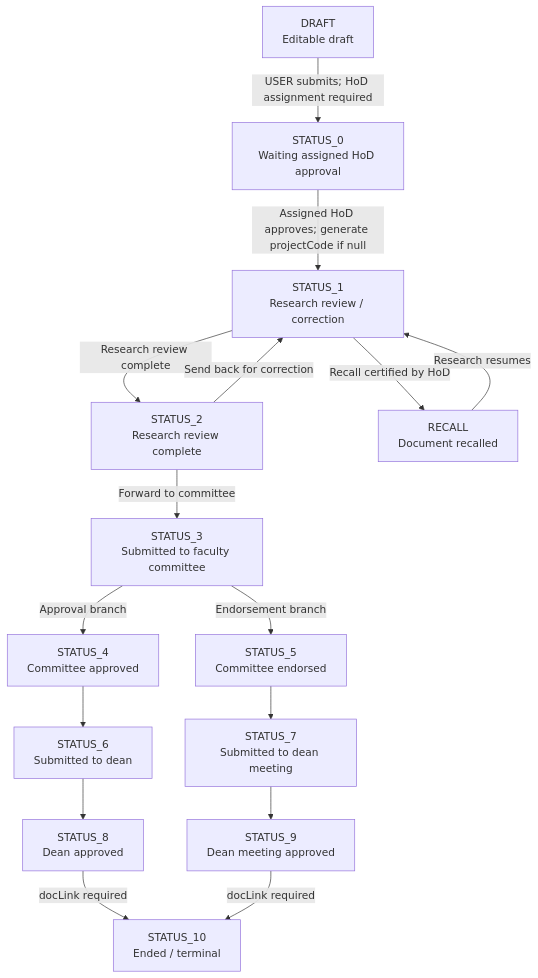
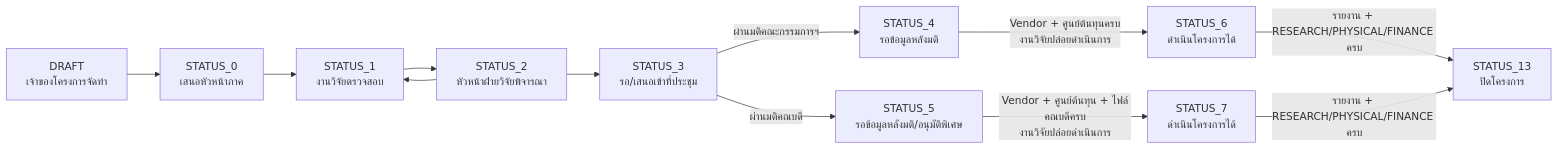
One commit to PhooChakrit/Faculty_Bugget changed the first of 3 diagrams in docs/usecase/project-status-sequence-diagram.md. Above: the diagram before and after it, drawn with Mermaid. The commit also changed other lines of this file and 63 other files, not shown here.

````diff
--- a/docs/usecase/project-status-sequence-diagram.md
+++ b/docs/usecase/project-status-sequence-diagram.md
@@ -144,33 +7,14 @@
 ```mermaid
-flowchart TD
-    D[DRAFT<br/>Editable draft]
-    S0[STATUS_0<br/>Waiting assigned HoD approval]
-    S1[STATUS_1<br/>Research review / correction]
-    S2[STATUS_2<br/>Research review complete]
-    S3[STATUS_3<br/>Submitted to faculty committee]
-    S4[STATUS_4<br/>Committee approved]
-    S5[STATUS_5<br/>Committee endorsed]
-    S6[STATUS_6<br/>Submitted to dean]
-    S7[STATUS_7<br/>Submitted to dean meeting]
-    S8[STATUS_8<br/>Dean approved]
-    S9[STATUS_9<br/>Dean meeting approved]
-    S10[STATUS_10<br/>Ended / terminal]
-    RECALL[RECALL<br/>Document recalled]
-
-    D -->|USER submits; HoD assignment required| S0
-    S0 -->|Assigned HoD approves; generate projectCode if null| S1
-
-    S1 -->|Research review complete| S2
-    S1 -->|Recall certified by HoD| RECALL
-    RECALL -->|Research resumes| S1
-
-    S2 -->|Send back for correction| S1
-    S2 -->|Forward to committee| S3
-
-    S3 -->|Approval branch| S4
-    S3 -->|Endorsement branch| S5
-    S4 --> S6 --> S8
-    S5 --> S7 --> S9
-    S8 -->|docLink required| S10
-    S9 -->|docLink required| S10
+flowchart LR
+    D["DRAFT<br/>เจ้าของโครงการจัดทำ"] --> S0["STATUS_0<br/>เสนอหัวหน้าภาค"]
+    S0 --> S1["STATUS_1<br/>งานวิจัยตรวจสอบ"]
+    S1 --> S2["STATUS_2<br/>หัวหน้าฝ่ายวิจัยพิจารณา"]
+    S2 --> S1
+    S2 --> S3["STATUS_3<br/>รอ/เสนอเข้าที่ประชุม"]
+    S3 -->|"ผ่านมติคณะกรรมการฯ"| S4["STATUS_4<br/>รอข้อมูลหลังมติ"]
+    S3 -->|"ผ่านมติคณบดี"| S5["STATUS_5<br/>รอข้อมูลหลังมติ/อนุมัติพิเศษ"]
+    S4 -->|"Vendor + ศูนย์ต้นทุนครบ<br/>งานวิจัยปล่อยดำเนินการ"| S6["STATUS_6<br/>ดำเนินโครงการได้"]
+    S5 -->|"Vendor + ศูนย์ต้นทุน + ไฟล์คณบดีครบ<br/>งานวิจัยปล่อยดำเนินการ"| S7["STATUS_7<br/>ดำเนินโครงการได้"]
+    S6 -->|"รายงาน + RESEARCH/PHYSICAL/FINANCE ครบ"| S13["STATUS_13<br/>ปิดโครงการ"]
+    S7 -->|"รายงาน + RESEARCH/PHYSICAL/FINANCE ครบ"| S13
 ```
````
